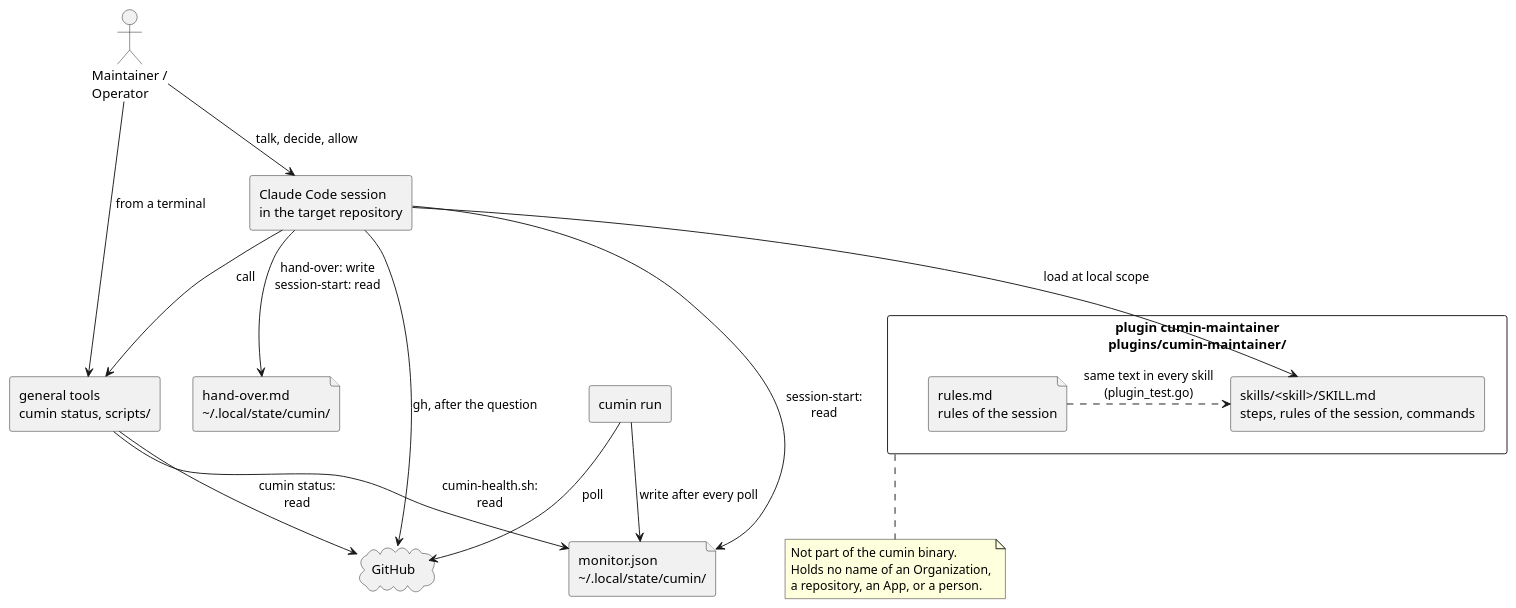
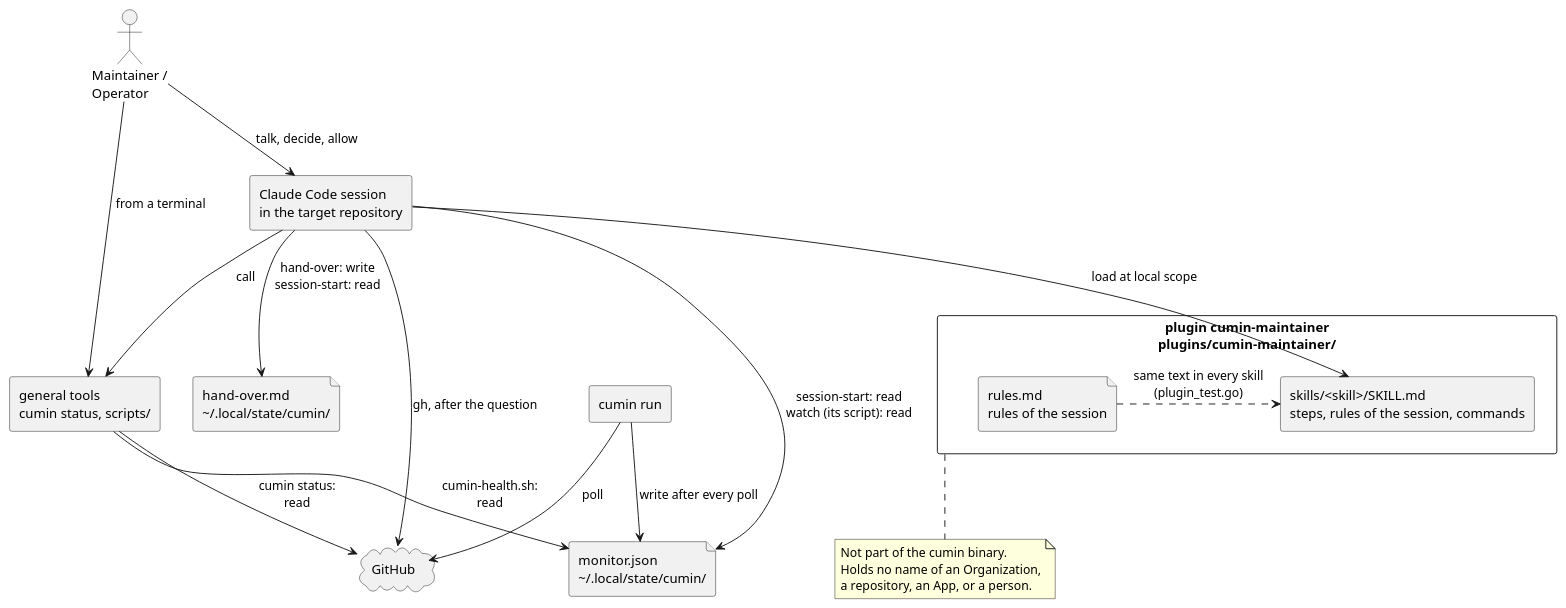
The diagram in docs/ja/guides/maintainer-skills.puml (cloveclovedev/cumin-works), drawn with PlantUML before and after one commit. The commit also changed 8 other files, not shown here.

```diff
--- a/docs/ja/guides/maintainer-skills.puml
+++ b/docs/ja/guides/maintainer-skills.puml
@@ -1,39 +1,39 @@
 @startuml maintainer-skills
 ' cumin works - the plugin of the Maintainer session: the session loads the skills, the skills call the general tools.
 ' Document: maintainer-skills.md, topic on what the plugin is.
 ' Render: run scripts/render-diagrams.sh at the root of the repository.
 skinparam shadowing false
 skinparam defaultFontName sans-serif
 
 actor "Maintainer /\nOperator" as person
 cloud "GitHub" as github
 
 rectangle "Claude Code session\nin the target repository" as session
 rectangle "plugin cumin-maintainer\nplugins/cumin-maintainer/" as plugin {
   file "rules.md\nrules of the session" as rules
   rectangle "skills/<skill>/SKILL.md\nsteps, rules of the session, commands" as skills
 }
 rectangle "general tools\ncumin status, scripts/" as tools
 file "monitor.json\n&#126;/.local/state/cumin/" as monitor
 file "hand-over.md\n&#126;/.local/state/cumin/" as note
 rectangle "cumin run" as run
 
 person --> session : talk, decide, allow
 person --> tools : from a terminal
 session --> skills : load at local scope
 rules .right.> skills : same text in every skill\n(plugin_test.go)
 session --> tools : call
 session --> github : gh, after the question
-session --> monitor : session-start:\nread
+session --> monitor : session-start: read\nwatch (its script): read
 session --> note : hand-over: write\nsession-start: read
 tools --> github : cumin status:\nread
 tools --> monitor : cumin-health.sh:\nread
 run --> monitor : write after every poll
 run -right-> github : poll
 
 note bottom of plugin
   Not part of the cumin binary.
   Holds no name of an Organization,
   a repository, an App, or a person.
 end note
 @enduml
```
